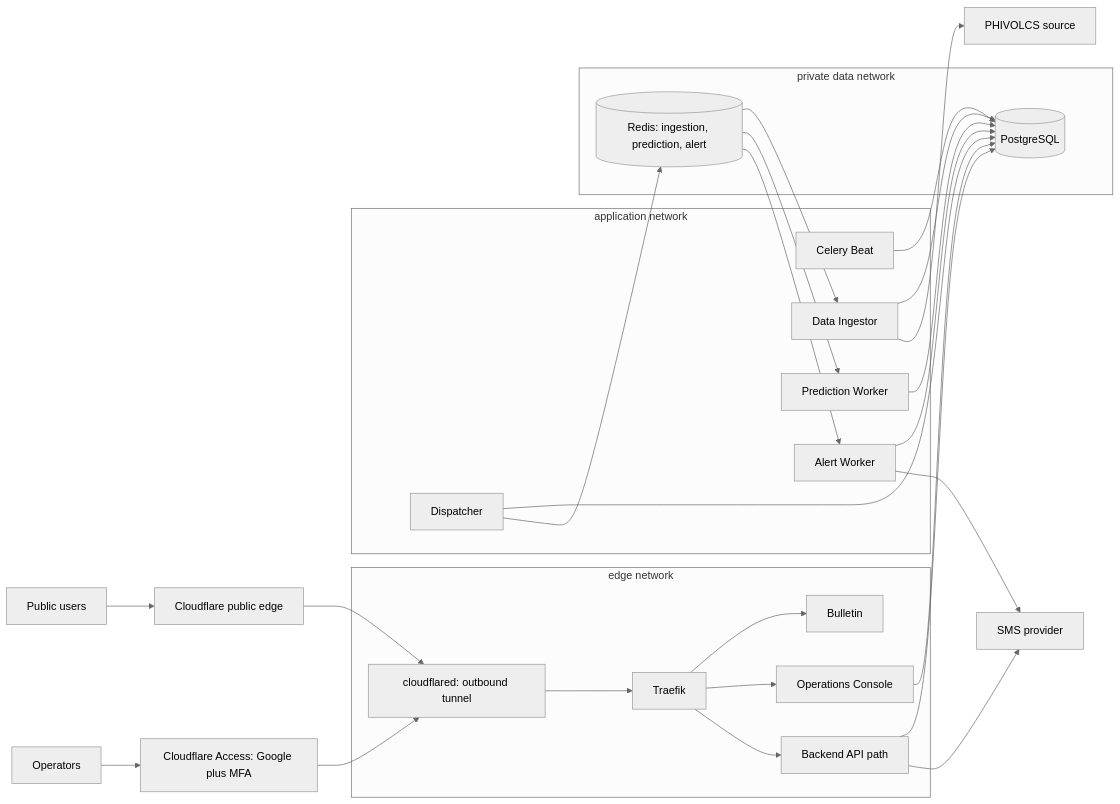
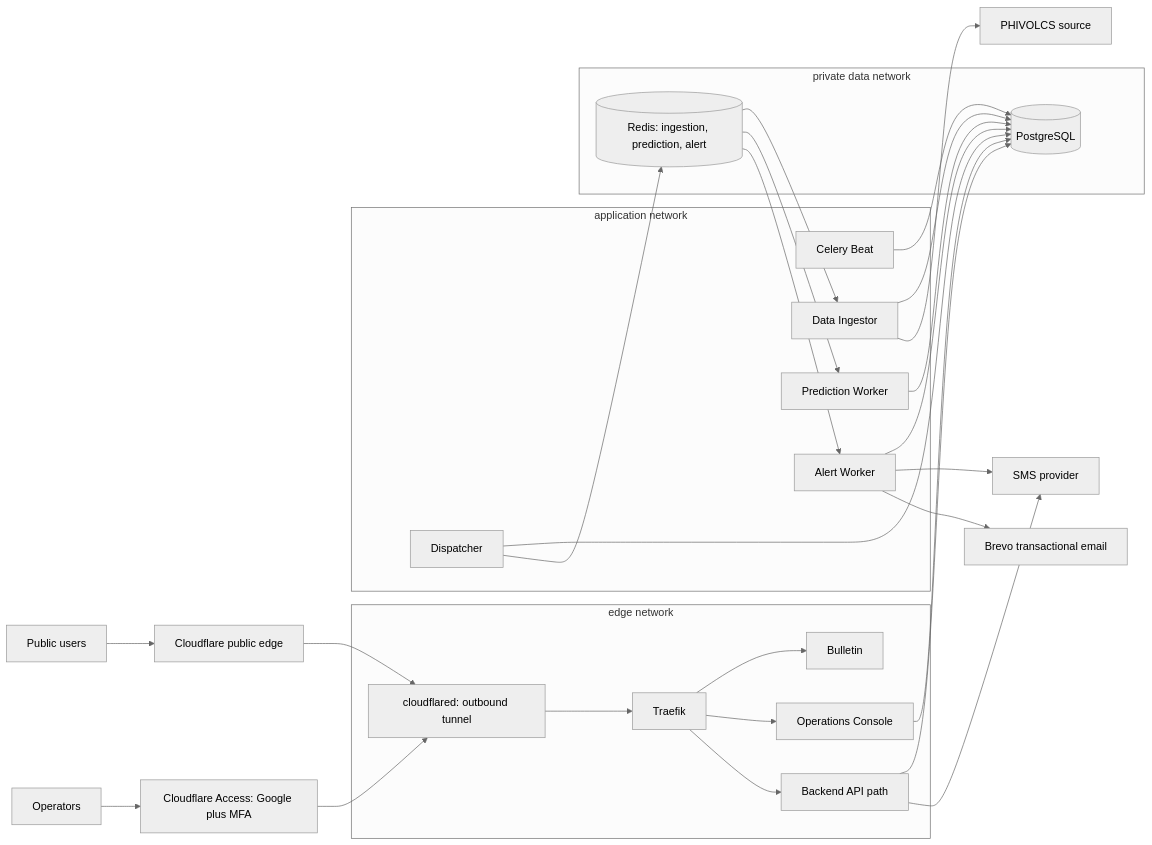
The diagram in docs/system-design/ARCHITECTURE/ARCHITECTURE.md (ochlzo/quakestrikeph), drawn with Mermaid (neutral theme) before and after one commit. The commit also changed other lines of this file and 9 other files, not shown here.

````diff
--- a/docs/system-design/ARCHITECTURE/ARCHITECTURE.md
+++ b/docs/system-design/ARCHITECTURE/ARCHITECTURE.md
@@ -73,39 +74,40 @@
 ```mermaid
 flowchart LR
   Public[Public users] --> CF[Cloudflare public edge]
   Operators[Operators] --> Access[Cloudflare Access: Google plus MFA]
   CF --> Tunnel[cloudflared: outbound tunnel]
   Access --> Tunnel
   subgraph edge[edge network]
     Tunnel --> Proxy[Traefik]
     Proxy --> Bulletin[Bulletin]
     Proxy --> Ops[Operations Console]
     Proxy --> API[Backend API path]
   end
   subgraph app[application network]
     API
     Beat[Celery Beat]
     Dispatch[Dispatcher]
     Ingest[Data Ingestor]
     Predict[Prediction Worker]
     Alert[Alert Worker]
   end
   subgraph data[private data network]
     PG[(PostgreSQL)]
     Redis[(Redis: ingestion, prediction, alert)]
   end
   API --> PG
   Ops --> PG
   Beat --> PG
   Dispatch --> PG
   Dispatch --> Redis
   Redis --> Ingest
   Redis --> Predict
   Redis --> Alert
   Ingest --> PG
   Predict --> PG
   Alert --> PG
   Ingest --> PH[PHIVOLCS source]
   Alert --> SMS[SMS provider]
   API --> SMS
+  Alert --> Mail[Brevo transactional email]
 ```
````
